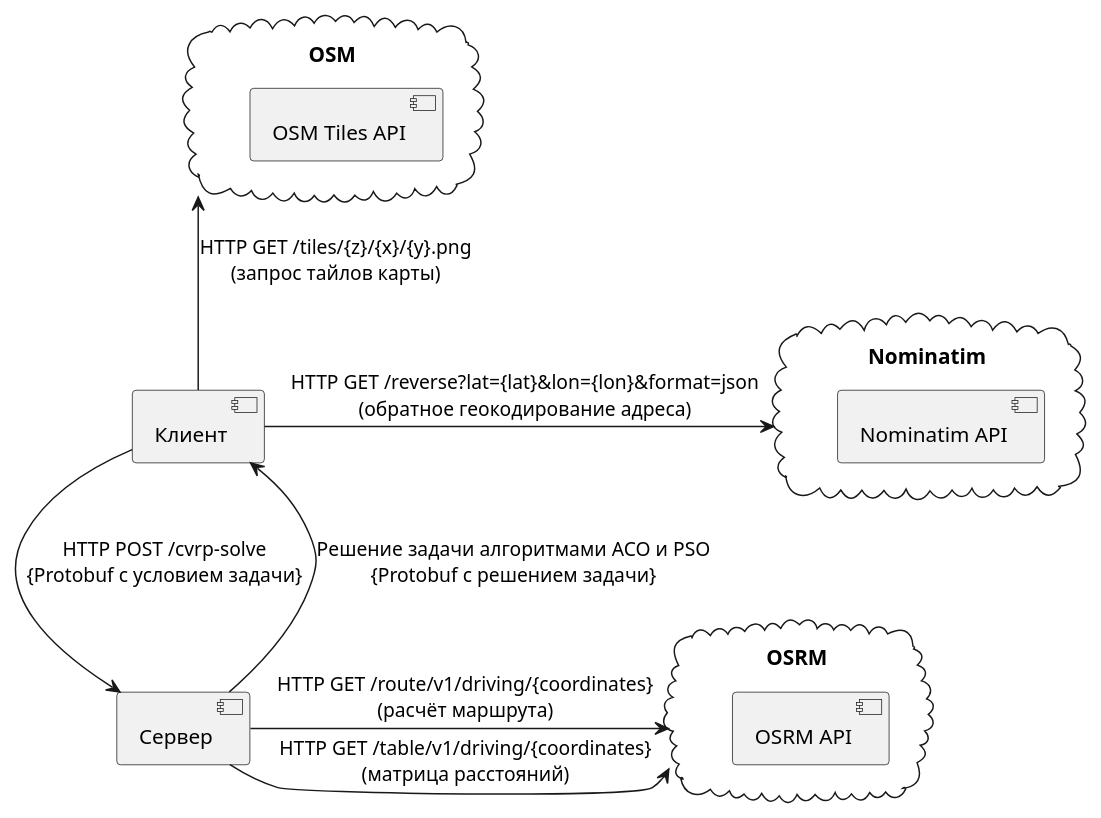
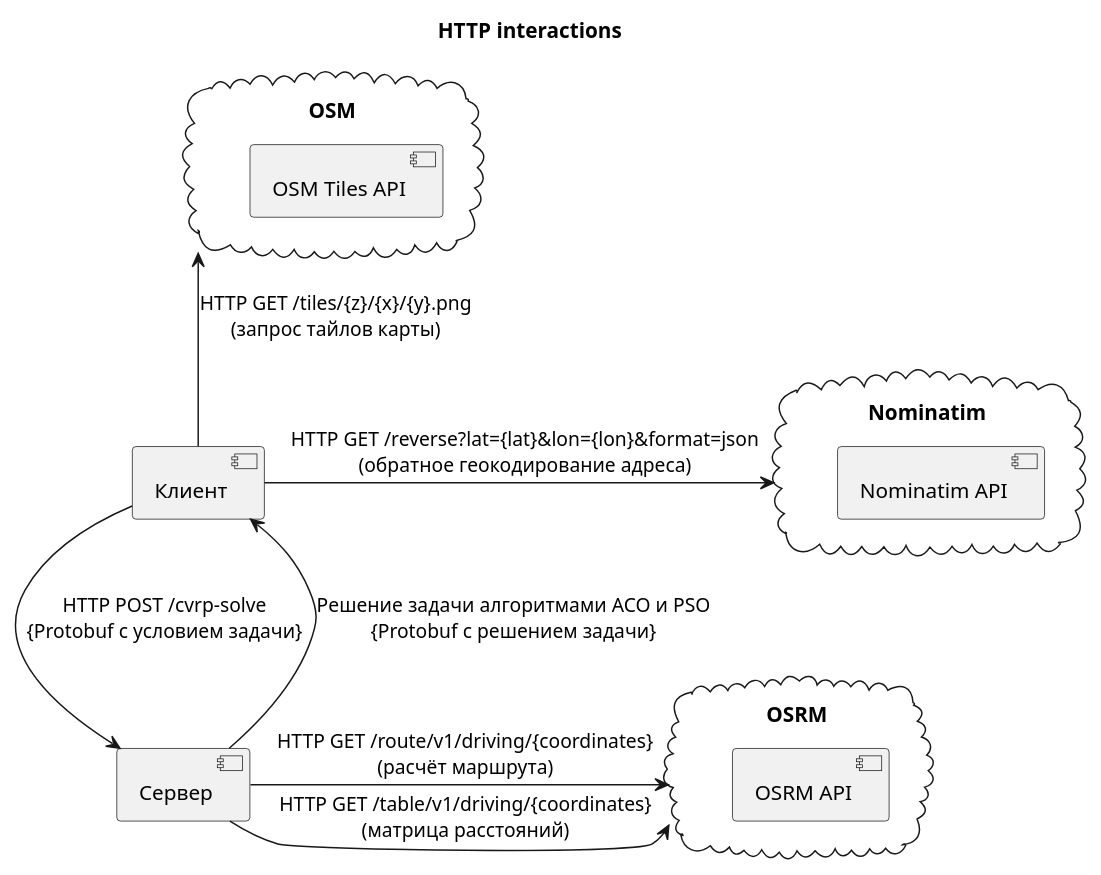
One commit to 4svOn/Route_Planning_Using_Swarm_Intelligence changed the diagram in uml/HTTP.puml. Above: the diagram before and after it, drawn with PlantUML. The commit also changed 29 other files, not shown here.

```diff
--- a/uml/HTTP.puml
+++ b/uml/HTTP.puml
@@ -1,30 +1,33 @@
 @startuml
+
+title HTTP interactions
+
 ' skinparam nodesep 5
 ' skinparam ranksep 15
 ' left to right direction
 top to bottom direction
 
 component Клиент as client
 component Сервер as server
 
 cloud OSRM {
     [OSRM API]
 }
 
 cloud Nominatim {
     [Nominatim API]
 }
 
 cloud OSM {
     [OSM Tiles API]
 }
 
 client -up-> OSM : HTTP GET /tiles/{z}/{x}/{y}.png\n(запрос тайлов карты)
 client -right-> Nominatim : HTTP GET /reverse?lat={lat}&lon={lon}&format=json\n(обратное геокодирование адреса)
 
 client -down-> server : HTTP POST /cvrp-solve\n{Protobuf с условием задачи}
 server -right-> OSRM : HTTP GET /table/v1/driving/{coordinates}\n(матрица расстояний)
 server -right-> OSRM : HTTP GET /route/v1/driving/{coordinates}\n(расчёт маршрута)
 server -up-> client : Решение задачи алгоритмами ACO и PSO\n{Protobuf с решением задачи}
 
 @enduml
```
